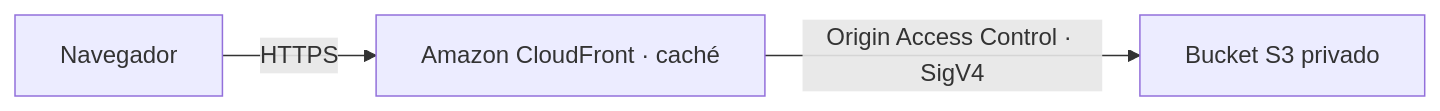
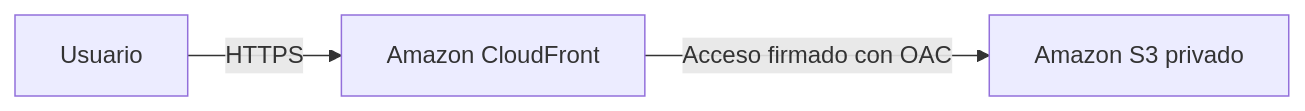
The diagram in README.md (Jonaikercortez-gif/Amazon-CloudFront), drawn with Mermaid before and after one commit. The commit also changed other lines of this file and 1 other file, not shown here.

Commit message:
Rewrite README as a student explanation of the CloudFront configuration

````diff
--- a/README.md
+++ b/README.md
@@ -9,5 +17,5 @@
 ```mermaid
 flowchart LR
-    U[Navegador] -->|HTTPS| C[Amazon CloudFront · caché]
-    C -->|Origin Access Control · SigV4| S[Bucket S3 privado]
+    A[Usuario] -->|HTTPS| B[Amazon CloudFront]
+    B -->|Acceso firmado con OAC| C[Amazon S3 privado]
 ```
````
